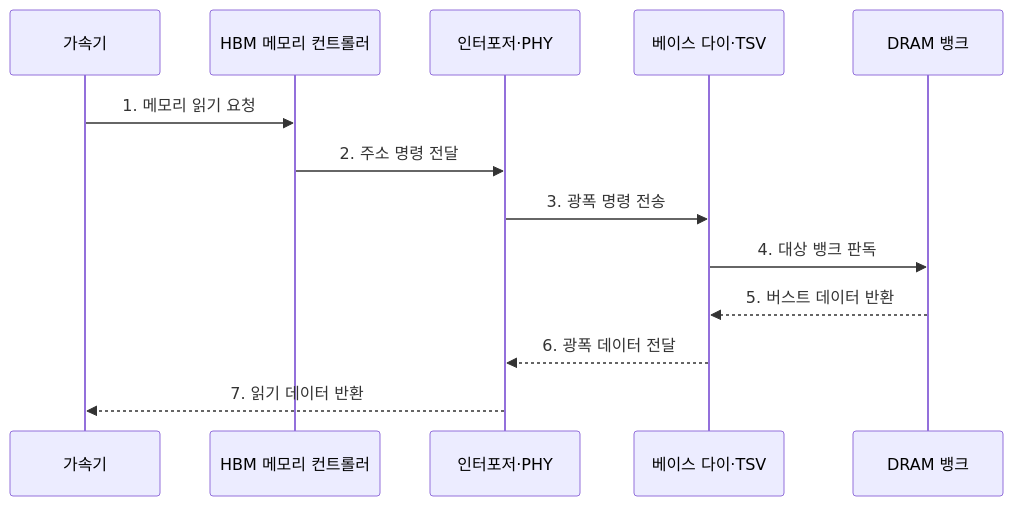
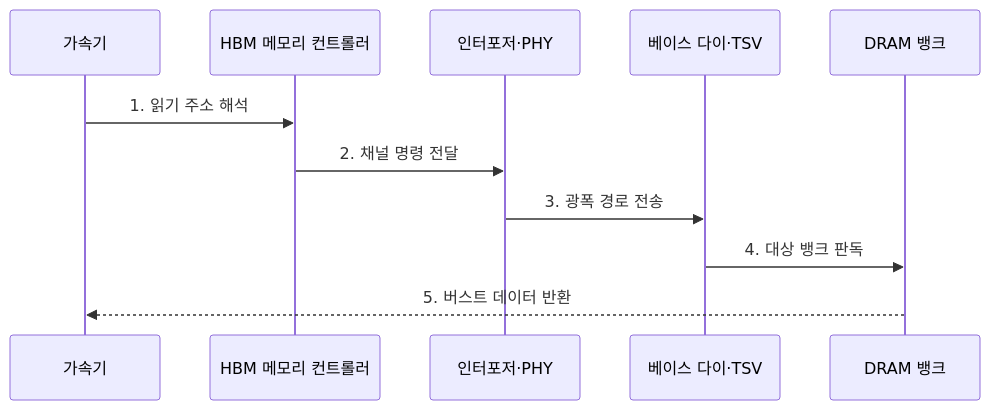
One commit to agnusdei1207/knowledge-base changed the second of 2 diagrams in src/content/docs/notes/02-hardware/025_hbm.md. Above: the diagram before and after it, drawn with Mermaid. The commit also changed other lines of this file and 86 other files, not shown here.

````diff
--- a/src/content/docs/notes/02-hardware/025_hbm.md
+++ b/src/content/docs/notes/02-hardware/025_hbm.md
@@ -94,16 +94,14 @@
 ```mermaid
 sequenceDiagram
     participant A as 가속기
     participant C as HBM 메모리 컨트롤러
     participant I as 인터포저·PHY
     participant V as 베이스 다이·TSV
     participant D as DRAM 뱅크
 
-    A->>C: 1. 메모리 읽기 요청
-    C->>I: 2. 주소 명령 전달
-    I->>V: 3. 광폭 명령 전송
+    A->>C: 1. 읽기 주소 해석
+    C->>I: 2. 채널 명령 전달
+    I->>V: 3. 광폭 경로 전송
     V->>D: 4. 대상 뱅크 판독
-    D-->>V: 5. 버스트 데이터 반환
-    V-->>I: 6. 광폭 데이터 전달
-    I-->>A: 7. 읽기 데이터 반환
+    D-->>A: 5. 버스트 데이터 반환
 ```
````
